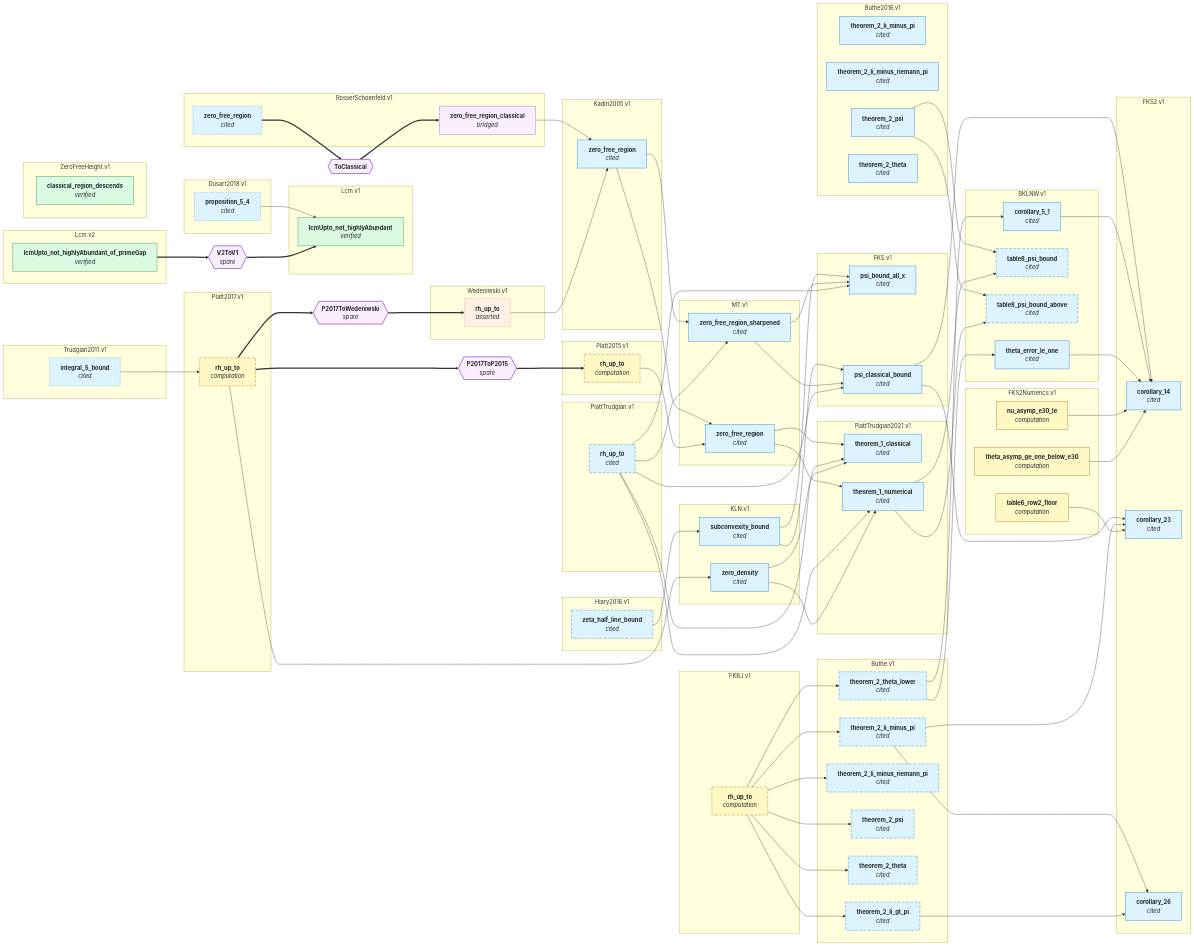
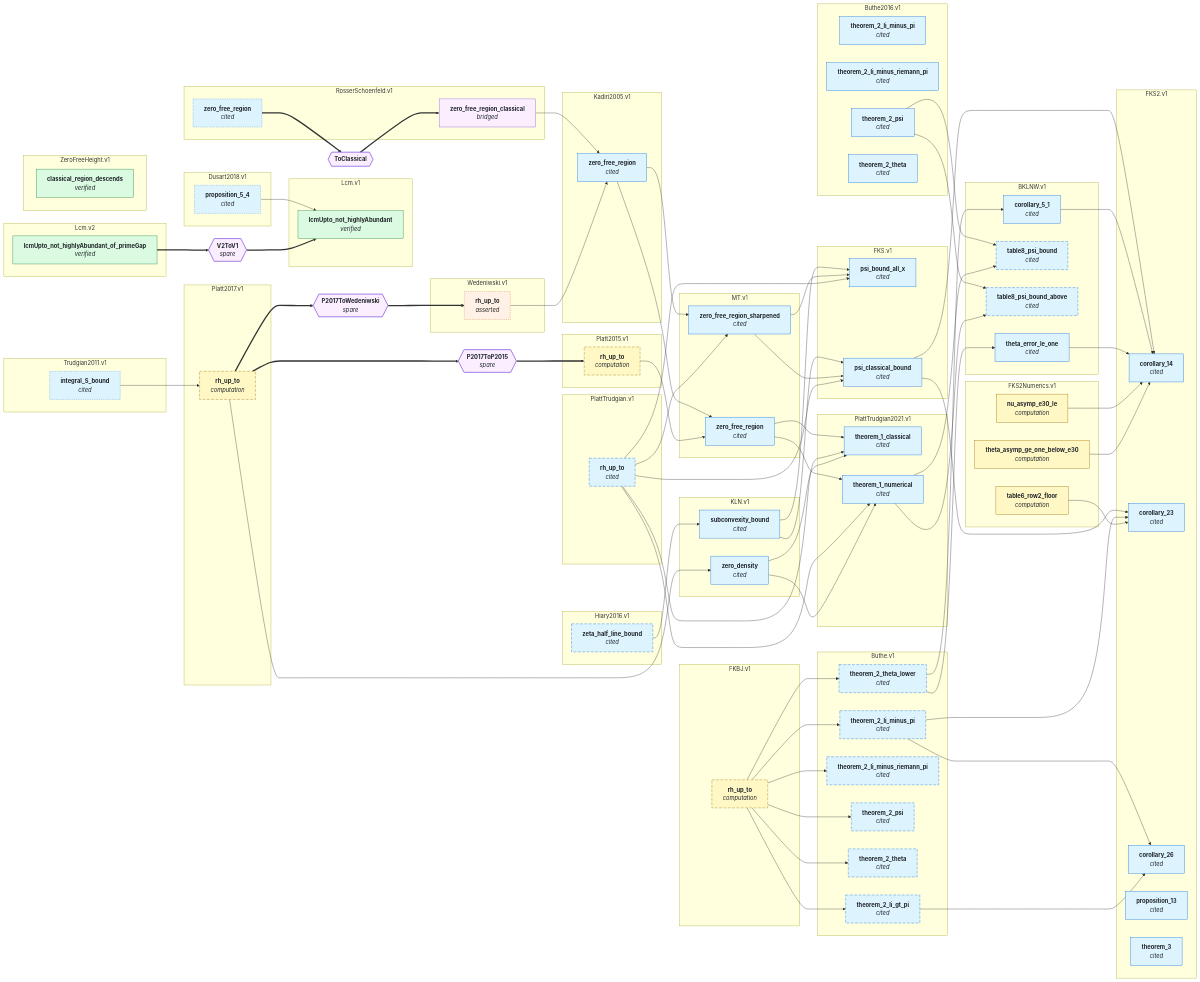
Before and after one commit to teorth/IEANTN: the second of 2 diagrams in GRAPH.md, drawn with Mermaid. The commit also changed other lines of this file and 14 other files, not shown here.

First line of the commit message:
FKS2.v1: state Proposition 13 and Theorem 3 as conclusions, and prove them

```diff
--- a/GRAPH.md
+++ b/GRAPH.md
@@ -180,6 +180,8 @@
     FKS2_v1_corollary_14["<b>corollary_14</b><br/><i>cited</i>"]
     FKS2_v1_corollary_23["<b>corollary_23</b><br/><i>cited</i>"]
     FKS2_v1_corollary_26["<b>corollary_26</b><br/><i>cited</i>"]
+    FKS2_v1_proposition_13["<b>proposition_13</b><br/><i>cited</i>"]
+    FKS2_v1_theorem_3["<b>theorem_3</b><br/><i>cited</i>"]
   end
   subgraph sgFKS2Numerics_v1["FKS2Numerics.v1"]
     FKS2Numerics_v1_nu_asymp_e30_le["<b>nu_asymp_e30_le</b><br/><i>computation</i>"]
@@ -316,7 +318,7 @@
   class Wedeniwski_v1_rh_up_to asserted;
   class RosserSchoenfeld_v1_zero_free_region_classical bridged;
   class Lcm_v1_lcmUpto_not_highlyAbundant,Lcm_v2_lcmUpto_not_highlyAbundant_of_primeGap,ZeroFreeHeight_v1_classical_region_descends lean_comparator;
-  class BKLNW_v1_corollary_5_1,BKLNW_v1_table8_psi_bound,BKLNW_v1_table8_psi_bound_above,BKLNW_v1_theta_error_le_one,Buthe_v1_theorem_2_li_gt_pi,Buthe_v1_theorem_2_li_minus_pi,Buthe_v1_theorem_2_li_minus_riemann_pi,Buthe_v1_theorem_2_psi,Buthe_v1_theorem_2_theta,Buthe_v1_theorem_2_theta_lower,Buthe2016_v1_theorem_2_li_minus_pi,Buthe2016_v1_theorem_2_li_minus_riemann_pi,Buthe2016_v1_theorem_2_psi,Buthe2016_v1_theorem_2_theta,Dusart2018_v1_proposition_5_4,FKS_v1_psi_bound_all_x,FKS_v1_psi_classical_bound,FKS2_v1_corollary_14,FKS2_v1_corollary_23,FKS2_v1_corollary_26,Hiary2016_v1_zeta_half_line_bound,KLN_v1_subconvexity_bound,KLN_v1_zero_density,Kadiri2005_v1_zero_free_region,MT_v1_zero_free_region,MT_v1_zero_free_region_sharpened,PlattTrudgian_v1_rh_up_to,PlattTrudgian2021_v1_theorem_1_classical,PlattTrudgian2021_v1_theorem_1_numerical,RosserSchoenfeld_v1_zero_free_region,Trudgian2011_v1_integral_S_bound literature;
+  class BKLNW_v1_corollary_5_1,BKLNW_v1_table8_psi_bound,BKLNW_v1_table8_psi_bound_above,BKLNW_v1_theta_error_le_one,Buthe_v1_theorem_2_li_gt_pi,Buthe_v1_theorem_2_li_minus_pi,Buthe_v1_theorem_2_li_minus_riemann_pi,Buthe_v1_theorem_2_psi,Buthe_v1_theorem_2_theta,Buthe_v1_theorem_2_theta_lower,Buthe2016_v1_theorem_2_li_minus_pi,Buthe2016_v1_theorem_2_li_minus_riemann_pi,Buthe2016_v1_theorem_2_psi,Buthe2016_v1_theorem_2_theta,Dusart2018_v1_proposition_5_4,FKS_v1_psi_bound_all_x,FKS_v1_psi_classical_bound,FKS2_v1_corollary_14,FKS2_v1_corollary_23,FKS2_v1_corollary_26,FKS2_v1_proposition_13,FKS2_v1_theorem_3,Hiary2016_v1_zeta_half_line_bound,KLN_v1_subconvexity_bound,KLN_v1_zero_density,Kadiri2005_v1_zero_free_region,MT_v1_zero_free_region,MT_v1_zero_free_region_sharpened,PlattTrudgian_v1_rh_up_to,PlattTrudgian2021_v1_theorem_1_classical,PlattTrudgian2021_v1_theorem_1_numerical,RosserSchoenfeld_v1_zero_free_region,Trudgian2011_v1_integral_S_bound literature;
   class FKBJ_v1_rh_up_to,FKS2Numerics_v1_nu_asymp_e30_le,FKS2Numerics_v1_table6_row2_floor,FKS2Numerics_v1_theta_asymp_ge_one_below_e30,Platt2015_v1_rh_up_to,Platt2017_v1_rh_up_to numerical;
   click BKLNW_v1_corollary_5_1 href "https://github.com/teorth/IEANTN/blob/main/docs/nodes/BKLNW-v1.md#corollary_5_1" _blank
   click BKLNW_v1_table8_psi_bound href "https://github.com/teorth/IEANTN/blob/main/docs/nodes/BKLNW-v1.md#table8_psi_bound" _blank
@@ -339,6 +341,8 @@
   click FKS2_v1_corollary_14 href "https://github.com/teorth/IEANTN/blob/main/docs/nodes/FKS2-v1.md#corollary_14" _blank
   click FKS2_v1_corollary_23 href "https://github.com/teorth/IEANTN/blob/main/docs/nodes/FKS2-v1.md#corollary_23" _blank
   click FKS2_v1_corollary_26 href "https://github.com/teorth/IEANTN/blob/main/docs/nodes/FKS2-v1.md#corollary_26" _blank
+  click FKS2_v1_proposition_13 href "https://github.com/teorth/IEANTN/blob/main/docs/nodes/FKS2-v1.md#proposition_13" _blank
+  click FKS2_v1_theorem_3 href "https://github.com/teorth/IEANTN/blob/main/docs/nodes/FKS2-v1.md#theorem_3" _blank
   click FKS2Numerics_v1_nu_asymp_e30_le href "https://github.com/teorth/IEANTN/blob/main/docs/nodes/FKS2Numerics-v1.md#nu_asymp_e30_le" _blank
   click FKS2Numerics_v1_table6_row2_floor href "https://github.com/teorth/IEANTN/blob/main/docs/nodes/FKS2Numerics-v1.md#table6_row2_floor" _blank
   click FKS2Numerics_v1_theta_asymp_ge_one_below_e30 href "https://github.com/teorth/IEANTN/blob/main/docs/nodes/FKS2Numerics-v1.md#theta_asymp_ge_one_below_e30" _blank
```
